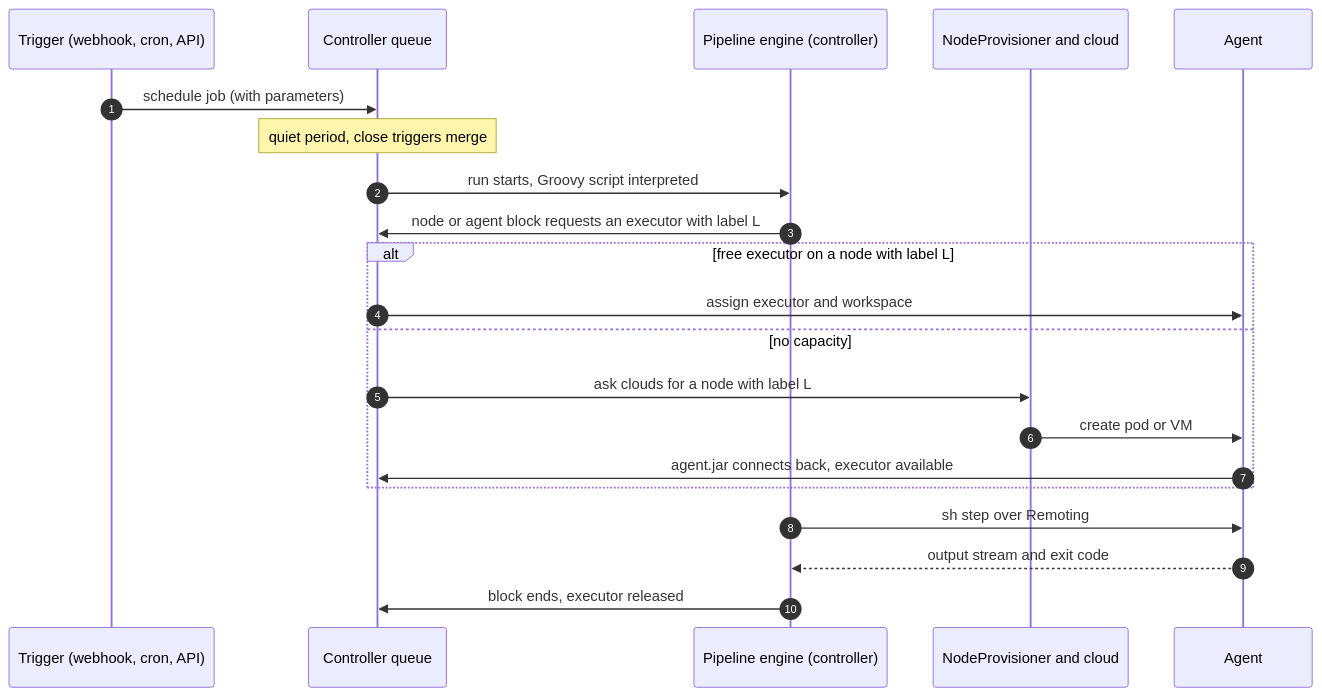
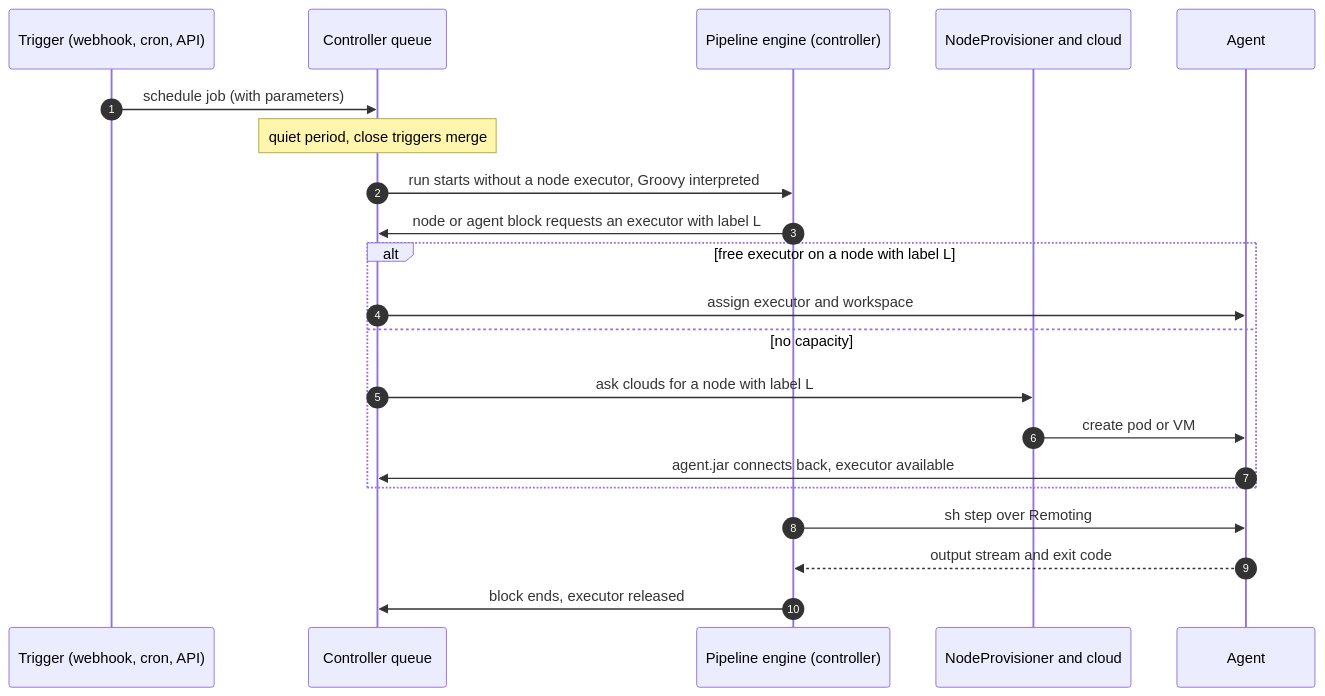
One commit to rya-sge/access-denied changed the second of 2 diagrams in _posts/2026-11-17-jenkins-architecture.md. Above: the diagram before and after it, drawn with Mermaid. The commit also changed other lines of this file and 24 other files, not shown here.

````diff
--- a/_posts/2026-11-17-jenkins-architecture.md
+++ b/_posts/2026-11-17-jenkins-architecture.md
@@ -109,23 +114,23 @@
 ```mermaid
 sequenceDiagram
     autonumber
     participant T as Trigger (webhook, cron, API)
     participant Q as Controller queue
     participant C as Pipeline engine (controller)
     participant P as NodeProvisioner and cloud
     participant A as Agent
     T->>Q: schedule job (with parameters)
     Note over Q: quiet period, close triggers merge
-    Q->>C: run starts, Groovy script interpreted
+    Q->>C: run starts without a node executor, Groovy interpreted
     C->>Q: node or agent block requests an executor with label L
     alt free executor on a node with label L
         Q->>A: assign executor and workspace
     else no capacity
         Q->>P: ask clouds for a node with label L
         P->>A: create pod or VM
         A->>Q: agent.jar connects back, executor available
     end
     C->>A: sh step over Remoting
     A-->>C: output stream and exit code
     C->>Q: block ends, executor released
 ```
````
